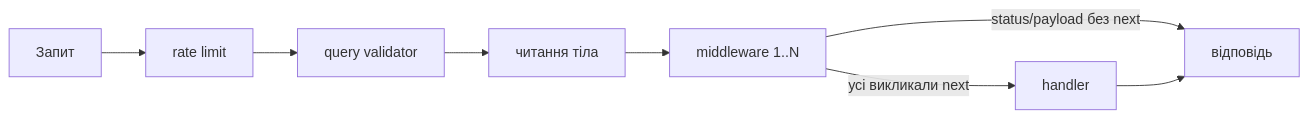
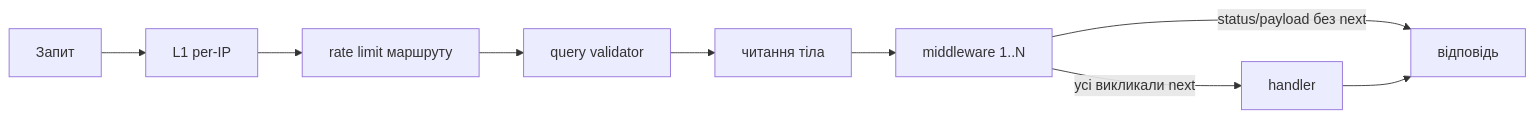
Before and after one commit to Blazheiko/itvibe-template: the diagram in documentation/backend/routing-middlewares.md, drawn with Mermaid. The commit also changed other lines of this file and 5 other files, not shown here.

First line of the commit message:
Align rate-limit docs with the code

````diff
--- a/documentation/backend/routing-middlewares.md
+++ b/documentation/backend/routing-middlewares.md
@@ -96,10 +96,11 @@
 ```mermaid
 flowchart LR
-  A[Запит] --> B[rate limit]
+  A[Запит] --> L1[L1 per-IP]
+  L1 --> B[rate limit маршруту]
   B --> C[query validator]
   C --> D[читання тіла]
   D --> E[middleware 1..N]
   E -->|усі викликали next| F[handler]
   E -->|status/payload без next| G[відповідь]
   F --> G
 ```
````
